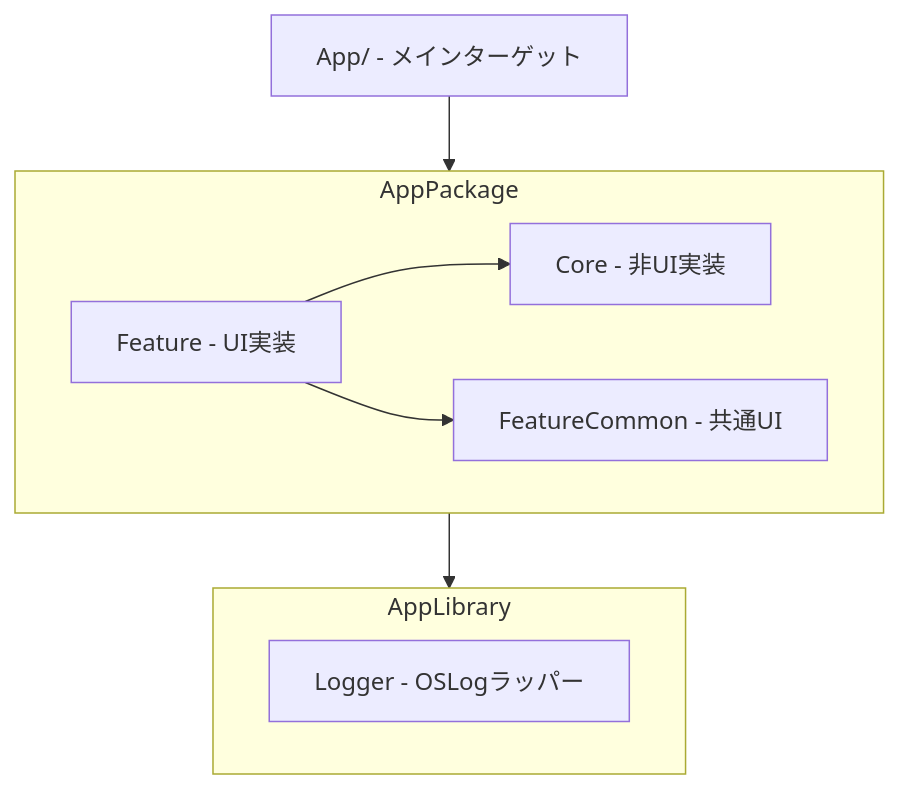
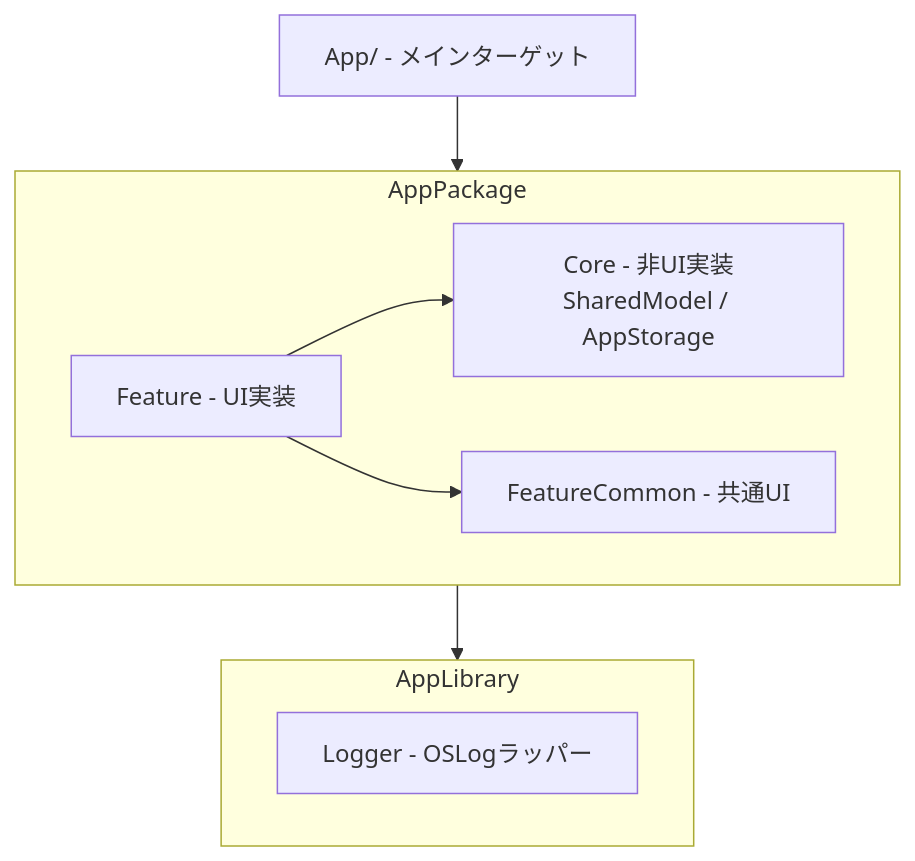
The first of 3 diagrams in docs/architecture.md (to4iki/ZatsuDo), drawn with Mermaid before and after one commit. The commit also changed other lines of this file and 2 other files, not shown here.

First line of the commit message:
docs: update docs for onboarding, setting, and AppStorage module

````diff
--- a/docs/architecture.md
+++ b/docs/architecture.md
@@ -5,16 +5,16 @@
 ```mermaid
 graph TD
   App[App/ - メインターゲット] --> AppPackage
   AppPackage[AppPackage/ - メイン実装] --> AppLibrary
   AppLibrary[AppLibrary/ - 共通ライブラリ]
 
   subgraph AppPackage
     Feature[Feature - UI実装] --> Core & FeatureCommon
-    Core[Core - 非UI実装]
+    Core[Core - 非UI実装<br/>SharedModel / AppStorage]
     FeatureCommon[FeatureCommon - 共通UI]
   end
 
   subgraph AppLibrary
     Logger[Logger - OSLogラッパー]
   end
 ```
````
